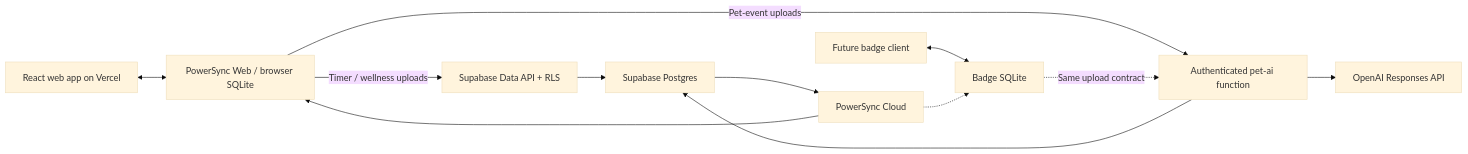
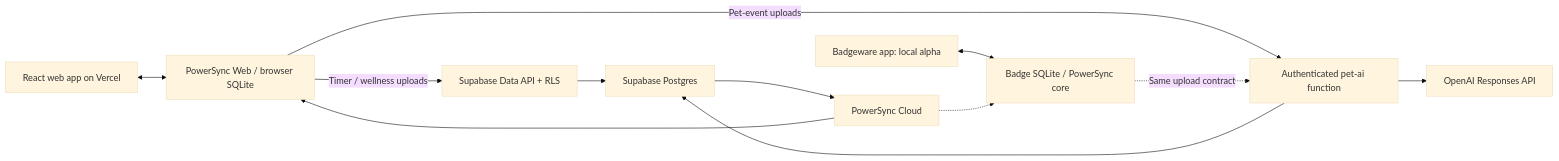
Before and after one commit to kobiebotha/badgegotchi: the diagram in README.md, drawn with Mermaid (base theme). The commit also changed other lines of this file and 169 other files, not shown here.

````diff
--- a/README.md
+++ b/README.md
@@ -26,14 +33,14 @@
 ```mermaid
 flowchart LR
   Web["React web app on Vercel"] <--> BrowserDB["PowerSync Web / browser SQLite"]
-  Badge["Future badge client"] <--> BadgeDB["Badge SQLite"]
+  Badge["Badgeware app: local alpha"] <--> BadgeDB["Badge SQLite / PowerSync core"]
   BrowserDB -->|"Timer / wellness uploads"| REST["Supabase Data API + RLS"]
   BrowserDB -->|"Pet-event uploads"| AI["Authenticated pet-ai function"]
   BadgeDB -.->|"Same upload contract"| AI
   AI --> OpenAI["OpenAI Responses API"]
   AI --> Postgres["Supabase Postgres"]
   REST --> Postgres
   Postgres --> PS["PowerSync Cloud"]
   PS --> BrowserDB
   PS -.-> BadgeDB
 ```
````
